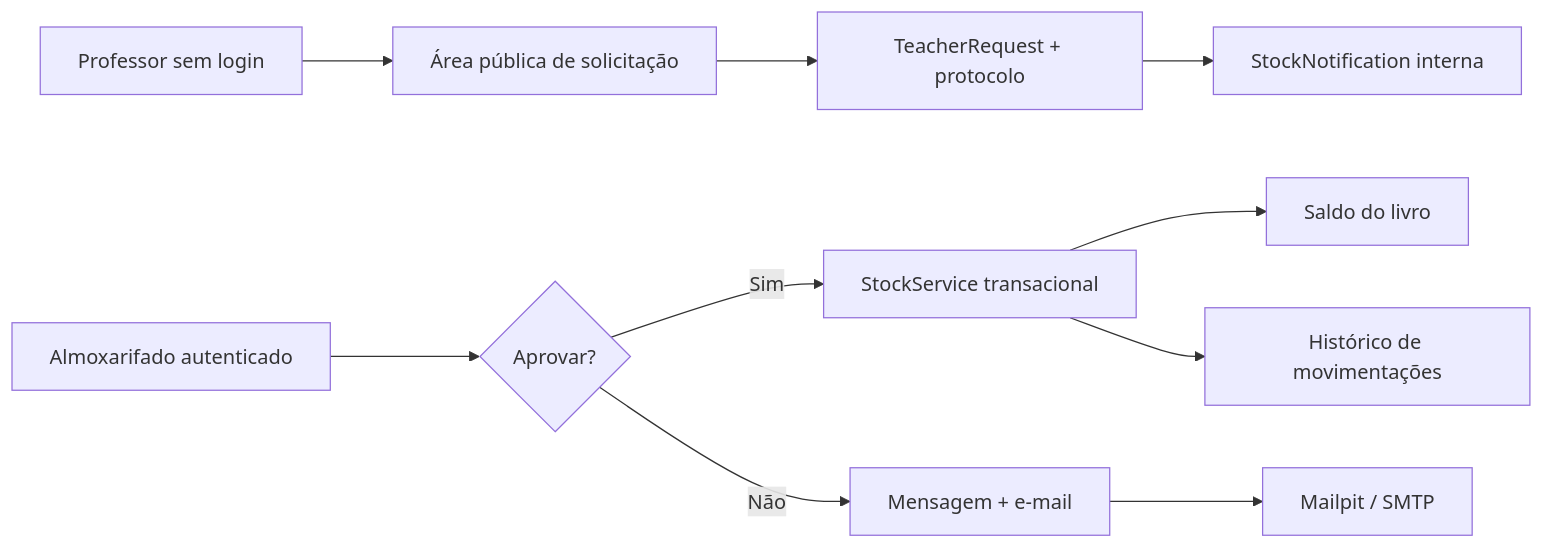
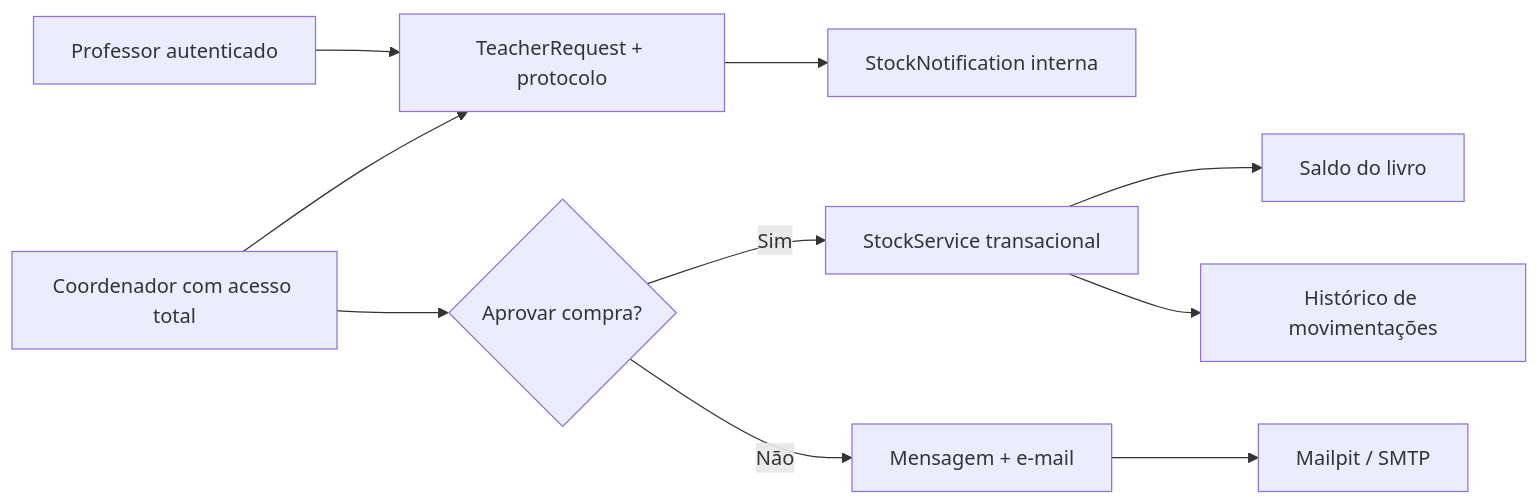
One commit to JoelNeto21/Senai_Project changed the first of 2 diagrams in breeze/senaiStock/README.md. Above: the diagram before and after it, drawn with Mermaid. The commit also changed other lines of this file and 32 other files, not shown here.

````diff
--- a/breeze/senaiStock/README.md
+++ b/breeze/senaiStock/README.md
@@ -40,12 +38,12 @@
 ```mermaid
 flowchart LR
-    Professor[Professor sem login] --> PublicForm[Área pública de solicitação]
-    PublicForm --> TeacherRequest[TeacherRequest + protocolo]
+    Professor[Professor autenticado] --> TeacherRequest[TeacherRequest + protocolo]
+    Coordenador[Coordenador autenticado] --> TeacherRequest
     TeacherRequest --> Notification[StockNotification interna]
-    Almox[Almoxarifado autenticado] --> Decision{Aprovar?}
+    Coordenador[Coordenador com acesso total] --> Decision{Aprovar compra?}
     Decision -->|Sim| StockService[StockService transacional]
     Decision -->|Não| Message[Mensagem + e-mail]
     StockService --> Book[Saldo do livro]
     StockService --> Movement[Histórico de movimentações]
     Message --> Mail[Mailpit / SMTP]
 ```
````
